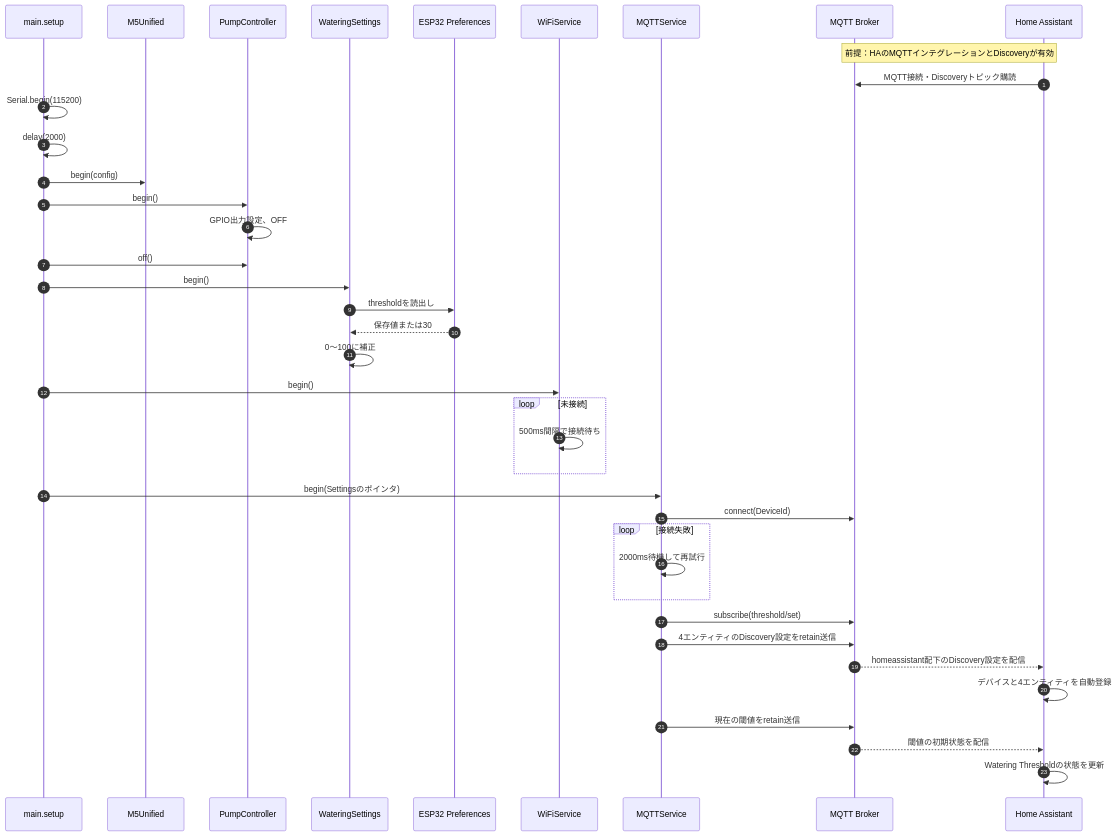
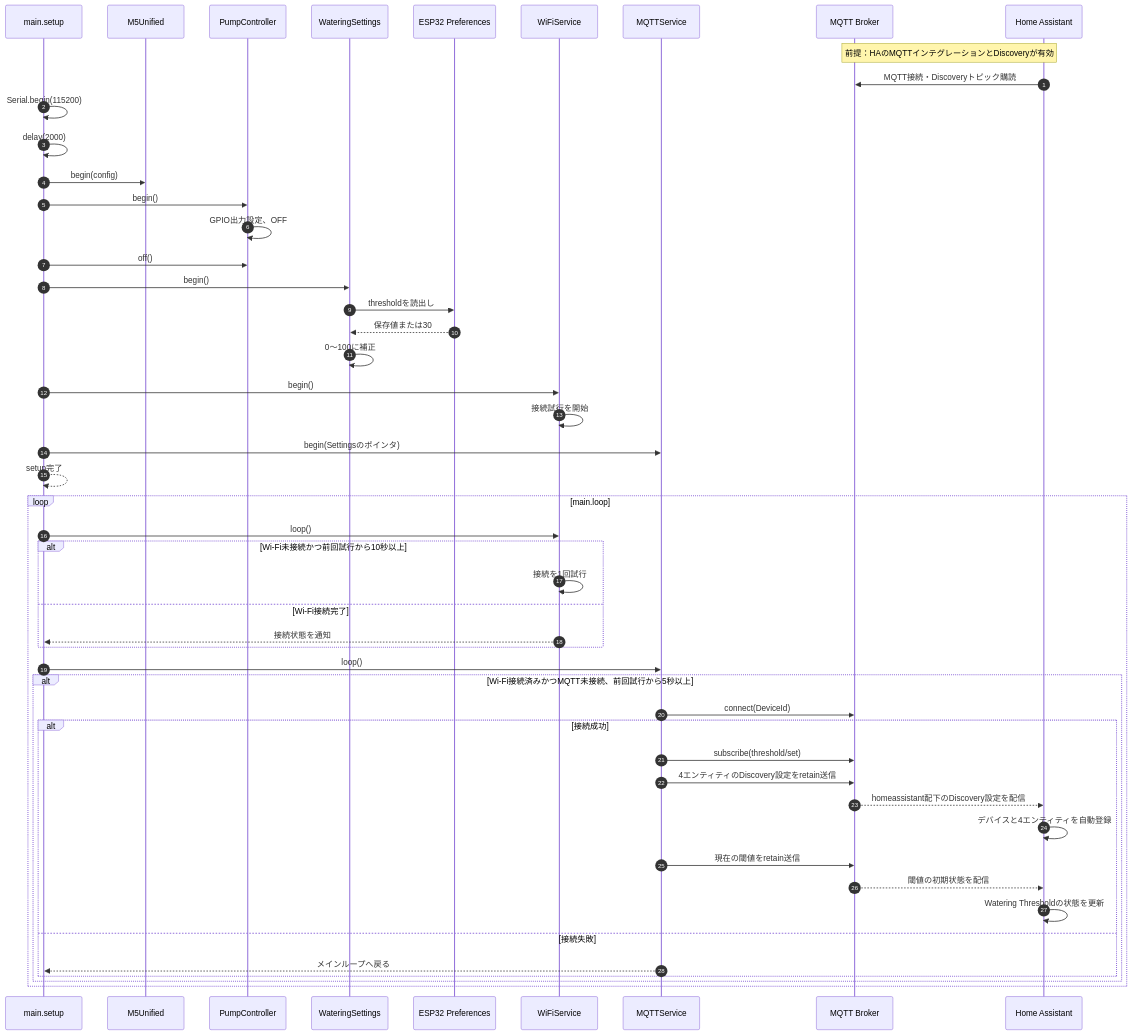
Before and after one commit to toshiaki-sato9/greensync-poc: the fourth of 9 diagrams in docs/internal-design.md, drawn with Mermaid. The commit also changed other lines of this file and 1 other file, not shown here.

````diff
--- a/docs/internal-design.md
+++ b/docs/internal-design.md
@@ -161,42 +163,53 @@
 ```mermaid
 sequenceDiagram
     autonumber
     participant Main as main.setup
     participant M5 as M5Unified
     participant Pump as PumpController
     participant Settings as WateringSettings
     participant NVS as ESP32 Preferences
     participant WiFi as WiFiService
     participant MQTT as MQTTService
     participant Broker as MQTT Broker
     participant HA as Home Assistant
 
     Note over Broker,HA: 前提：HAのMQTTインテグレーションとDiscoveryが有効
     HA->>Broker: MQTT接続・Discoveryトピック購読
     Main->>Main: Serial.begin(115200)
     Main->>Main: delay(2000)
     Main->>M5: begin(config)
     Main->>Pump: begin()
     Pump->>Pump: GPIO出力設定、OFF
     Main->>Pump: off()
     Main->>Settings: begin()
     Settings->>NVS: thresholdを読出し
     NVS-->>Settings: 保存値または30
     Settings->>Settings: 0～100に補正
     Main->>WiFi: begin()
-    loop 未接続
-        WiFi->>WiFi: 500ms間隔で接続待ち
+    WiFi->>WiFi: 接続試行を開始
+    Main->>MQTT: begin(Settingsのポインタ)
+    Main-->>Main: setup完了
+    loop main.loop
+        Main->>WiFi: loop()
+        alt Wi-Fi未接続かつ前回試行から10秒以上
+            WiFi->>WiFi: 接続を1回試行
+        else Wi-Fi接続完了
+            WiFi-->>Main: 接続状態を通知
+        end
+        Main->>MQTT: loop()
+        alt Wi-Fi接続済みかつMQTT未接続、前回試行から5秒以上
+            MQTT->>Broker: connect(DeviceId)
+            alt 接続成功
+                MQTT->>Broker: subscribe(threshold/set)
+                MQTT->>Broker: 4エンティティのDiscovery設定をretain送信
+                Broker-->>HA: homeassistant配下のDiscovery設定を配信
+                HA->>HA: デバイスと4エンティティを自動登録
+                MQTT->>Broker: 現在の閾値をretain送信
+                Broker-->>HA: 閾値の初期状態を配信
+                HA->>HA: Watering Thresholdの状態を更新
+            else 接続失敗
+                MQTT-->>Main: メインループへ戻る
+            end
+        end
     end
-    Main->>MQTT: begin(Settingsのポインタ)
-    MQTT->>Broker: connect(DeviceId)
-    loop 接続失敗
-        MQTT->>MQTT: 2000ms待機して再試行
-    end
-    MQTT->>Broker: subscribe(threshold/set)
-    MQTT->>Broker: 4エンティティのDiscovery設定をretain送信
-    Broker-->>HA: homeassistant配下のDiscovery設定を配信
-    HA->>HA: デバイスと4エンティティを自動登録
-    MQTT->>Broker: 現在の閾値をretain送信
-    Broker-->>HA: 閾値の初期状態を配信
-    HA->>HA: Watering Thresholdの状態を更新
 ```
````
